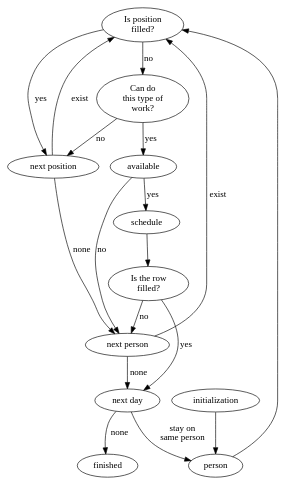
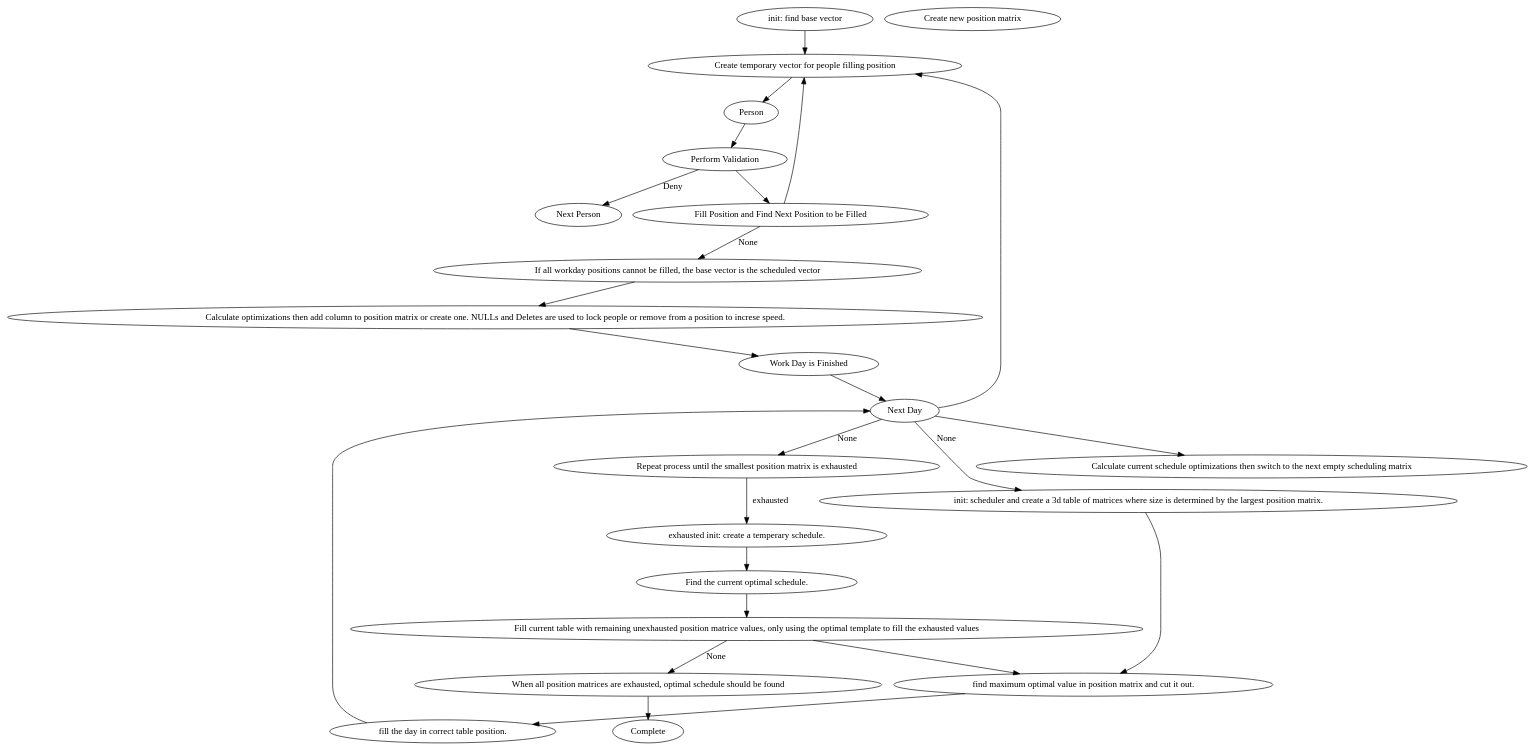
Before and after one commit to k-cross/employee_scheduler: the diagram in Report/DAG.dot, drawn with Graphviz. The commit also changed other lines of this file and 13 other files, not shown here.

Commit message:
Major Architecture Changes

```diff
--- a/Report/DAG.dot
+++ b/Report/DAG.dot
@@ -1,37 +1,57 @@
 digraph algorithm{
-    position_filled [label="Is position\n filled?"]
-    able [label="Can do\n this type of\n work?"]
-    next_position [label="next position"]
-    next_day [label="next day"]
-    next_person [label="next person"]
-    row_filled [label="Is the row\n filled?"]
+    /* Staff Roster Generated Variables */
 
-    initialization -> person;
-    person -> position_filled;
+    ros_init [label = "init: find base vector"]
+    position [label = "Create temporary vector for people filling position"]
+    person [label = "Person"]
+    next_person [label = "Next Person"]
+    validate [label = "Perform Validation"]
+    fill_position [label = "Fill Position and Find Next Position to be Filled"]
+    wd_condition [label = "If all workday positions cannot be filled, the base vector is the scheduled vector"]
+    wd_position_matrix [label = "Calculate optimizations then add column to position matrix or create one. NULLs and Deletes are used to lock people or remove from a position to increse speed."]
+    wd_finish [label = "Work Day is Finished"]
+    next_day [label = "Next Day"]
+    new_wd_pos_mat [label = "Create new position matrix"]
 
-    position_filled -> next_position [label="yes"];
-    position_filled -> able [label="no"]; 
+    /* Schedule Generation Variables */
+    sch_init [label = "init: scheduler and create a 3d table of matrices where size is determined by the largest position matrix."]
+    find_max_pos [label = "find maximum optimal value in position matrix and cut it out."]
+    fill_day [label = "fill the day in correct table position."]
+    next_day [label = "Next Day"]
+    incr_elm [label = "Calculate current schedule optimizations then switch to the next empty scheduling matrix"]
+    repeat [label = "Repeat process until the smallest position matrix is exhausted"]
+    exhaust_init [label = "exhausted init: create a temperary schedule."] 
+    find_max_sch [label = "Find the current optimal schedule."]
+    fill_remaining [label = "Fill current table with remaining unexhausted position matrice values, only using the optimal template to fill the exhausted values"]
+    all_exhaust [label = "When all position matrices are exhausted, optimal schedule should be found"]
+    complete [label = "Complete"]
 
-    next_position -> position_filled [label="exist"];
-    next_position -> next_person [label="none"];
+    /* Roster Generation Logic */
 
-    able -> available [label = "yes"];
-    able -> next_position [label = "no"];
+    ros_init -> position;
+    position -> person;
+    person -> validate;
+    validate -> next_person [label = "Deny"];
+    validate -> fill_position;
+    fill_position -> position;
+    fill_position -> wd_condition [label = "None"];
+    wd_condition -> wd_position_matrix;
+    wd_position_matrix -> wd_finish;
+    wd_finish -> next_day;
+    next_day -> position;
+    next_day -> sch_init [label = "None"];
 
-    available -> next_person[label="no"];
-    available -> schedule[label="yes"];
+    /* Schedule Generation Logic */
 
-    schedule -> row_filled;
-    row_filled -> next_person [label="no"];
-    row_filled -> next_day [label="yes"];
-
-    next_day -> finished [label="none"];
-    next_day -> person [label="stay on\n same person"];
-
-    next_person -> position_filled [label="exist"];
-    next_person -> next_day [label="none"];
+    sch_init -> find_max_pos;
+    find_max_pos -> fill_day;
+    fill_day -> next_day;
+    next_day -> incr_elm;
+    next_day -> repeat [label = "None"];
+    repeat -> exhaust_init [label = "exhausted"];
+    exhaust_init -> find_max_sch;
+    find_max_sch -> fill_remaining;
+    fill_remaining -> find_max_pos;
+    fill_remaining -> all_exhaust [label = "None"];
+    all_exhaust -> complete;
 }
-
-/* Lump the Can work posi., # of days, and available days as a single
-   avalability block. Easier to maintain, graph, and analyze. Potential
-   ability to simplify the math too, 3 less comparisons */
```
